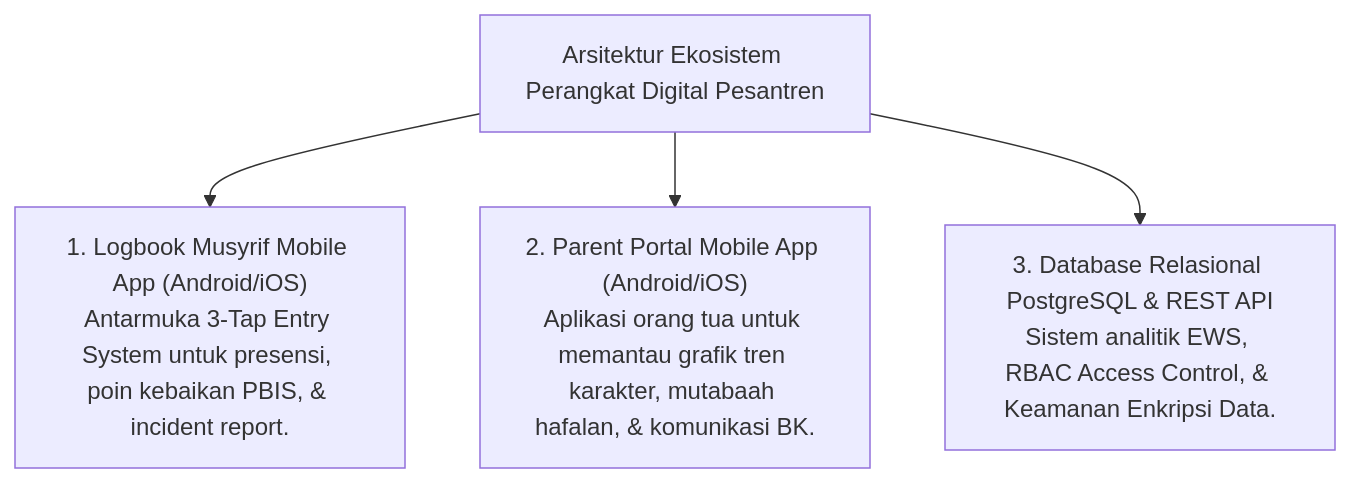
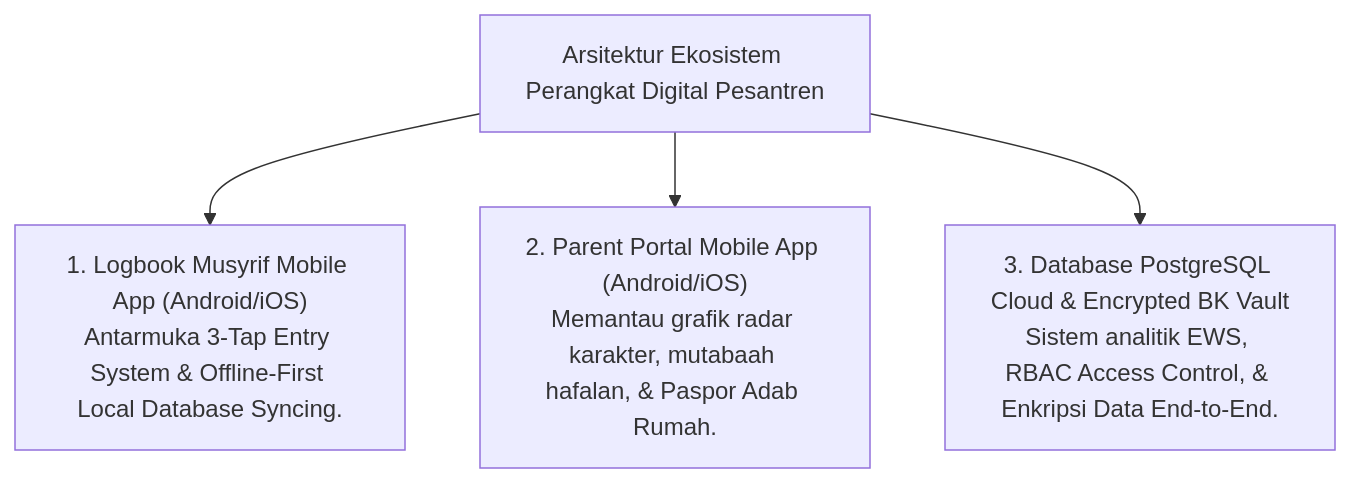
The diagram in 11 Tools/Jurnal-Monograf-Riset-Instrumen-dan-Arsitektur-Digital-TUMBUH.md (wandiapriliyandi/tumbuh), drawn with Mermaid before and after one commit. The commit also changed other lines of this file and 4 other files, not shown here.

````diff
--- a/11 Tools/Jurnal-Monograf-Riset-Instrumen-dan-Arsitektur-Digital-TUMBUH.md
+++ b/11 Tools/Jurnal-Monograf-Riset-Instrumen-dan-Arsitektur-Digital-TUMBUH.md
@@ -26,7 +26,7 @@
 ```mermaid
 graph TD
     DigitalToolsArch["Arsitektur Ekosistem Perangkat Digital Pesantren"]
-    DigitalToolsArch --> MusyrifMobileApp["1. Logbook Musyrif Mobile App (Android/iOS)<br/>Antarmuka 3-Tap Entry System untuk presensi, poin kebaikan PBIS, & incident report."]
-    DigitalToolsArch --> ParentMobileApp["2. Parent Portal Mobile App (Android/iOS)<br/>Aplikasi orang tua untuk memantau grafik tren karakter, mutabaah hafalan, & komunikasi BK."]
-    DigitalToolsArch --> RelationalDB["3. Database Relasional PostgreSQL & REST API<br/>Sistem analitik EWS, RBAC Access Control, & Keamanan Enkripsi Data."]
+    DigitalToolsArch --> MusyrifMobileApp["1. Logbook Musyrif Mobile App (Android/iOS)<br/>Antarmuka 3-Tap Entry System & Offline-First Local Database Syncing."]
+    DigitalToolsArch --> ParentMobileApp["2. Parent Portal Mobile App (Android/iOS)<br/>Memantau grafik radar karakter, mutabaah hafalan, & Paspor Adab Rumah."]
+    DigitalToolsArch --> RelationalDB["3. Database PostgreSQL Cloud & Encrypted BK Vault<br/>Sistem analitik EWS, RBAC Access Control, & Enkripsi Data End-to-End."]
 ```
````
